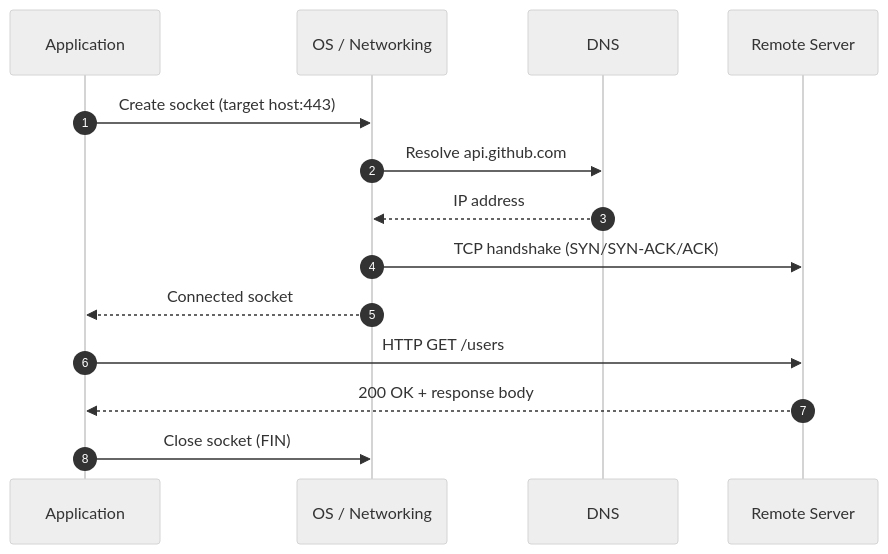
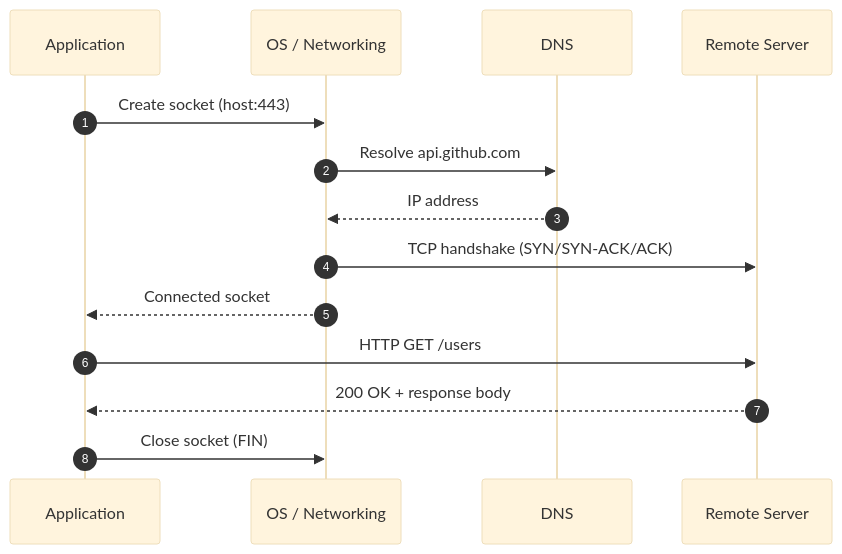
Before and after one commit to hananather/system-design: the fourth of 5 diagrams in sockets.md, drawn with Mermaid. The commit also changed other lines of this file, not shown here.

Commit message:
Fix Mermaid newlines (use <br/>), force white background, simplify styles to avoid clipping/cutoff

````diff
--- a/sockets.md
+++ b/sockets.md
@@ -73,18 +59,18 @@
 ```mermaid
-%%{init: {'theme':'neutral','themeVariables': { 'fontFamily': 'Inter, ui-sans-serif, system-ui'}}}%%
+%%{init: {'theme': 'base', 'themeVariables': { 'background': '#ffffff', 'fontFamily': 'Inter, ui-sans-serif, system-ui' }}}%%
 sequenceDiagram
   autonumber
   participant App as Application
   participant OS as OS / Networking
   participant DNS as DNS
   participant Srv as Remote Server
 
-  App->>OS: Create socket (target host:443)
+  App->>OS: Create socket (host:443)
   OS->>DNS: Resolve api.github.com
   DNS-->>OS: IP address
   OS->>Srv: TCP handshake (SYN/SYN-ACK/ACK)
   OS-->>App: Connected socket
   App->>Srv: HTTP GET /users
   Srv-->>App: 200 OK + response body
   App->>OS: Close socket (FIN)
 ```
````
